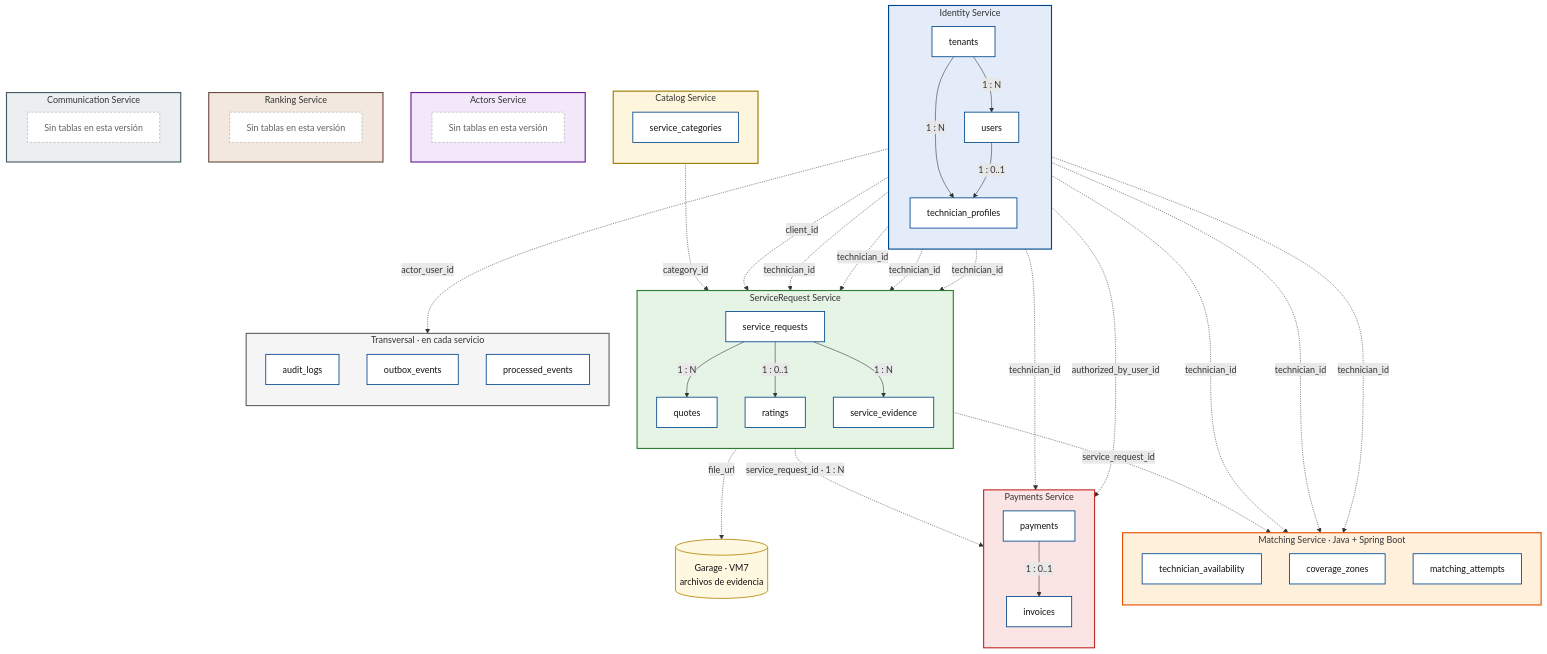
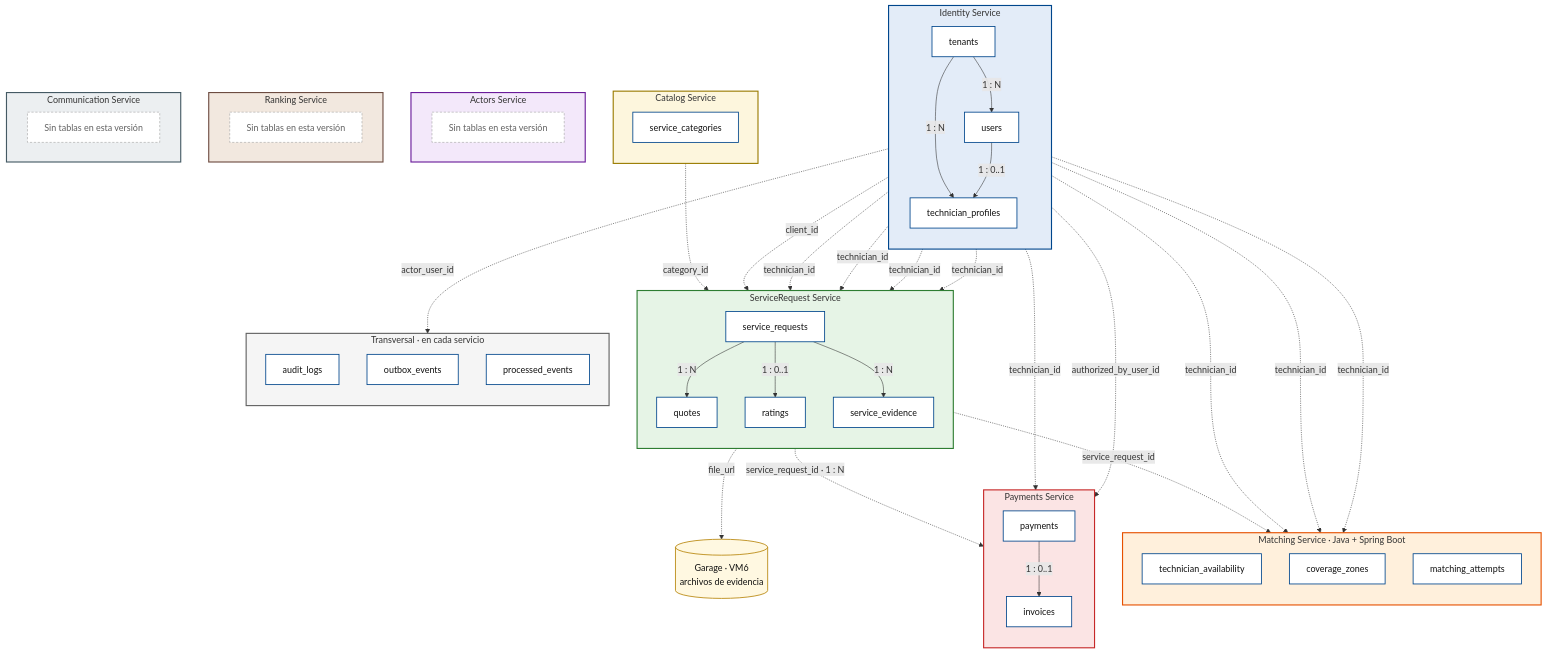
The first of 5 diagrams in docs/design/DD.md (ARQUI-202630/quickpatch), drawn with Mermaid before and after one commit. The commit also changed other lines of this file and 11 other files, not shown here.

First line of the commit message:
docs(architecture): ADR-022 redistribucion de VMs 3+3+1 y recursos por servicio (SCRUM-341, SCRUM-342, SCRUM-339)

```diff
--- a/docs/design/DD.md
+++ b/docs/design/DD.md
@@ -196,7 +196,7 @@
         processed_events["processed_events"]:::entity
     end
 
-    garage[("Garage · VM7<br/>archivos de evidencia")]:::store
+    garage[("Garage · VM6<br/>archivos de evidencia")]:::store
 
     users -.->|"client_id"| service_requests
     technician_profiles -.->|"technician_id"| service_requests
```
